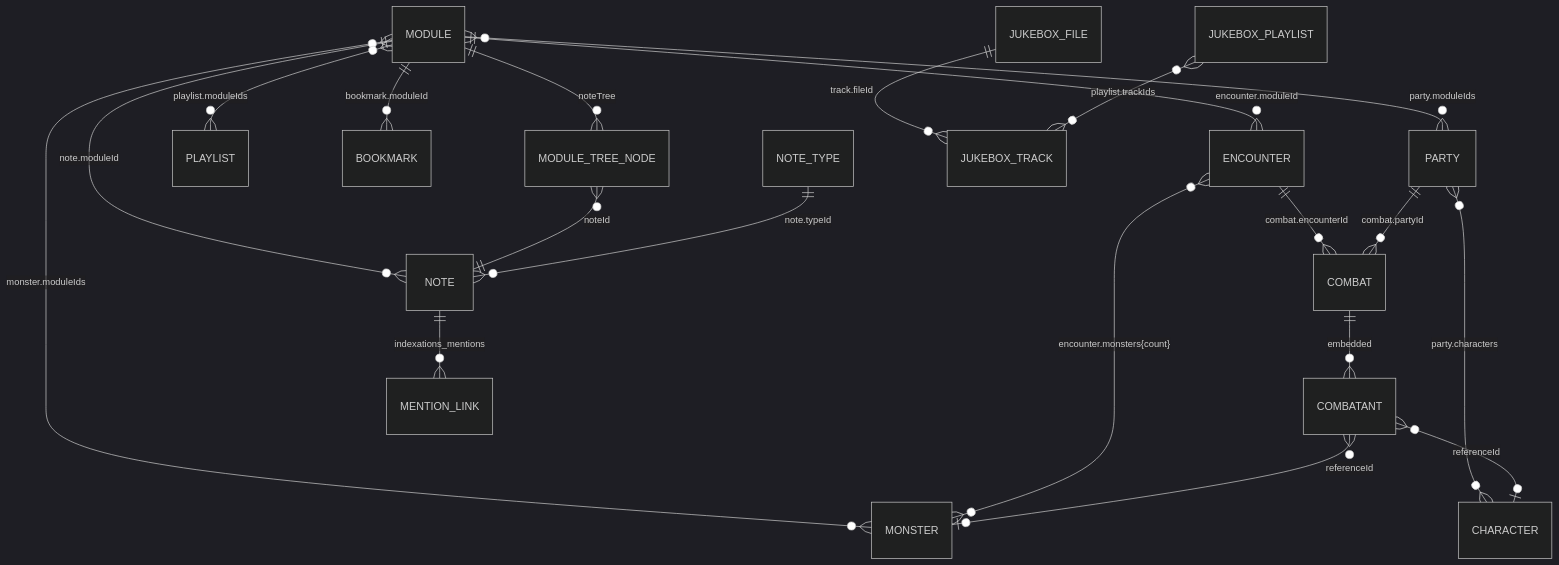
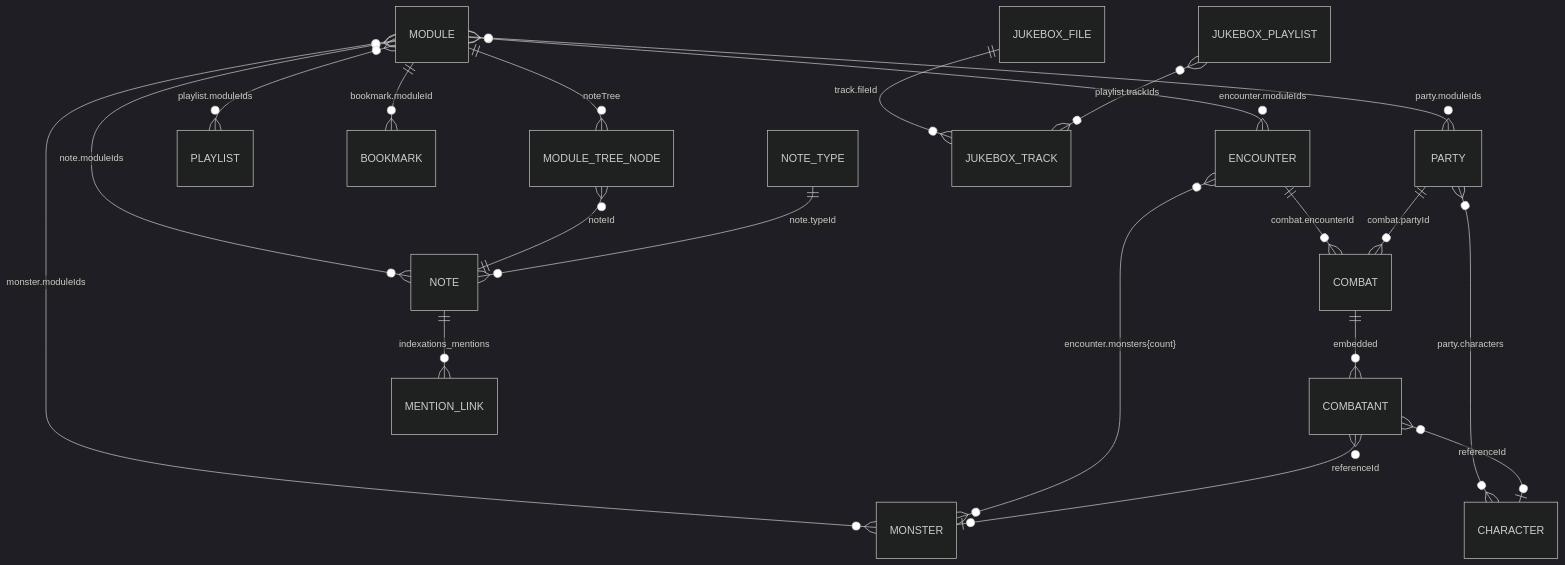
The diagram in docs/architecture/data-model.md (ionian-wind/dmh-pwa), drawn with Mermaid (dark theme) before and after one commit. The commit also changed other lines of this file and 38 other files, not shown here.

````diff
--- a/docs/architecture/data-model.md
+++ b/docs/architecture/data-model.md
@@ -330,22 +330,22 @@
 ```mermaid
 erDiagram
-  MODULE ||--o{ NOTE : "note.moduleId"
-  MODULE ||--o{ ENCOUNTER : "encounter.moduleId"
+  MODULE }o--o{ NOTE : "note.moduleIds"
+  MODULE }o--o{ ENCOUNTER : "encounter.moduleIds"
   MODULE }o--o{ PARTY : "party.moduleIds"
   MODULE }o--o{ MONSTER : "monster.moduleIds"
   MODULE }o--o{ PLAYLIST : "playlist.moduleIds"
   MODULE ||--o{ BOOKMARK : "bookmark.moduleId"
   MODULE ||--o{ MODULE_TREE_NODE : "noteTree"
   MODULE_TREE_NODE }o--|| NOTE : "noteId"
   NOTE_TYPE ||--o{ NOTE : "note.typeId"
   PARTY }o--o{ CHARACTER : "party.characters"
   ENCOUNTER }o--o{ MONSTER : "encounter.monsters{count}"
   ENCOUNTER ||--o{ COMBAT : "combat.encounterId"
   PARTY ||--o{ COMBAT : "combat.partyId"
   COMBAT ||--o{ COMBATANT : "embedded"
   COMBATANT }o--o| CHARACTER : "referenceId"
   COMBATANT }o--o| MONSTER : "referenceId"
   JUKEBOX_FILE ||--o{ JUKEBOX_TRACK : "track.fileId"
   JUKEBOX_PLAYLIST }o--o{ JUKEBOX_TRACK : "playlist.trackIds"
   NOTE ||--o{ MENTION_LINK : "indexations_mentions"
 ```
````
